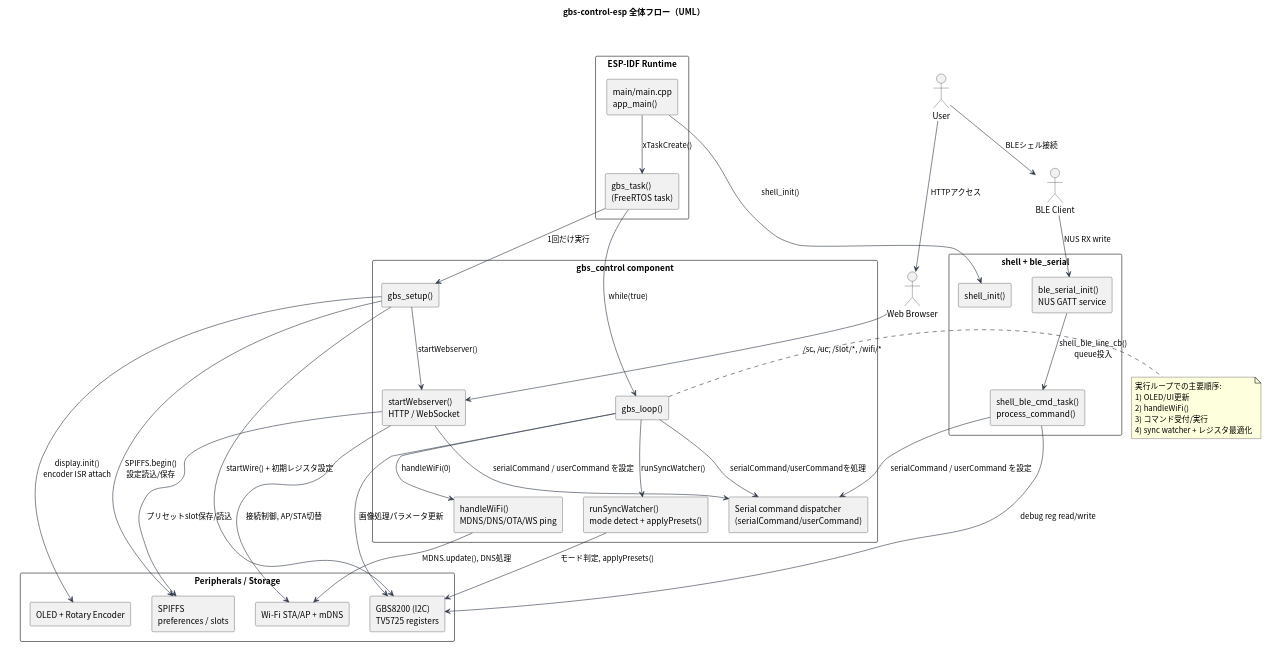
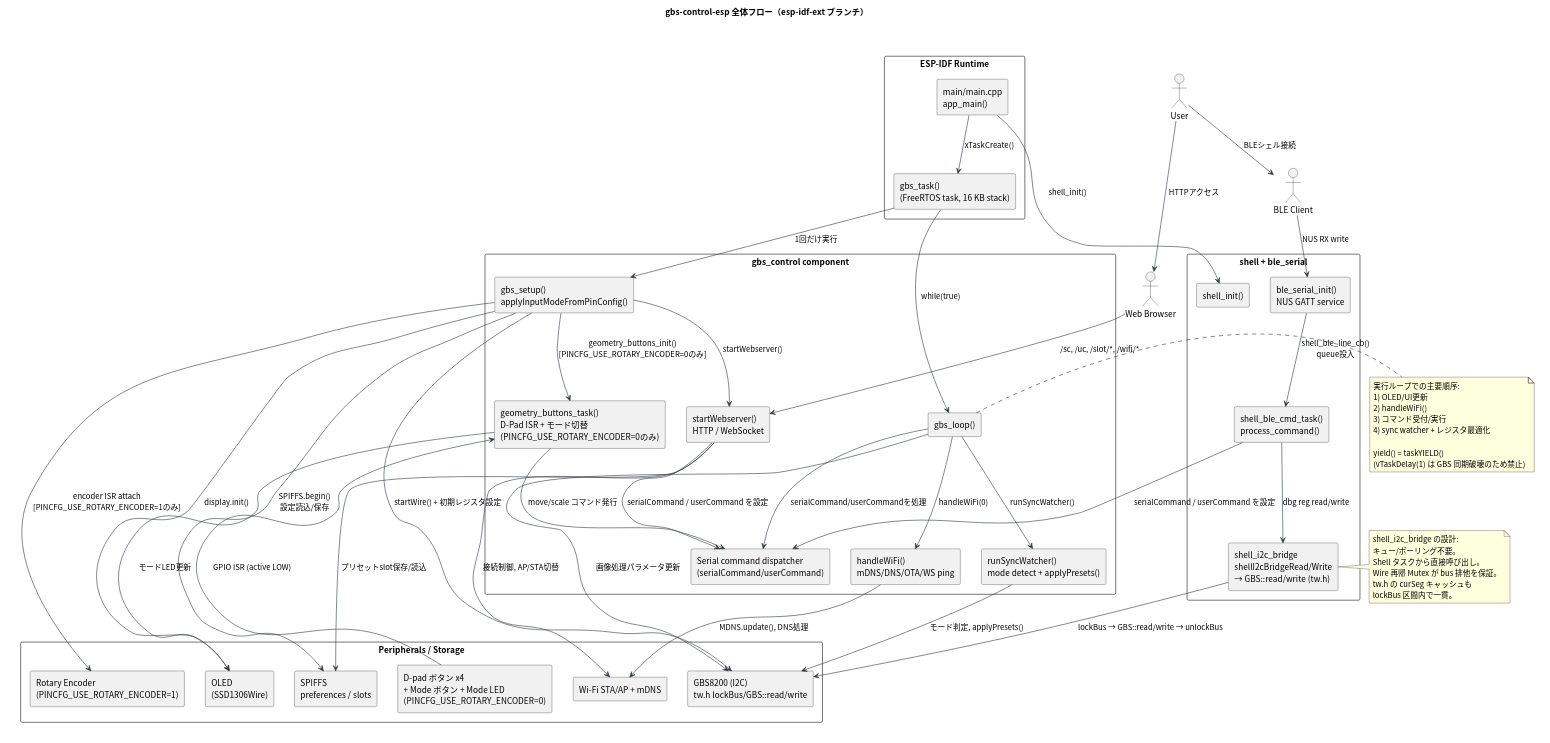
The diagram in docs/uml/project_flow.puml (ntsklab/gbs-control), drawn with PlantUML before and after one commit. The commit also changed other lines of this file and 4 other files, not shown here.

First line of the commit message:
docs: update docs for esp-idf-ext branch

```diff
--- a/docs/uml/project_flow.puml
+++ b/docs/uml/project_flow.puml
@@ -1,90 +1,113 @@
 @startuml
 skinparam backgroundColor white
 skinparam shadowing false
 skinparam defaultFontName Noto Sans CJK JP
 skinparam componentStyle rectangle
 skinparam ArrowColor #2d3748
 skinparam packageStyle rectangle
 hide stereotype
 skinparam package<<canvas>> {
   BackgroundColor #FFFFFF
   BorderColor #FFFFFF
   FontColor #FFFFFF
 }
 
-title gbs-control-esp 全体フロー（UML）
+title gbs-control-esp 全体フロー（esp-idf-ext ブランチ）
 
 package " " <<canvas>> {
 actor "User" as user
 actor "Web Browser" as browser
 actor "BLE Client" as bleclient
 
 package "ESP-IDF Runtime" {
   component "main/main.cpp\napp_main()" as app_main
-  component "gbs_task()\n(FreeRTOS task)" as gbs_task
+  component "gbs_task()\n(FreeRTOS task, 16 KB stack)" as gbs_task
 }
 
 package "gbs_control component" {
-  component "gbs_setup()" as gbs_setup
+  component "gbs_setup()\napplyInputModeFromPinConfig()" as gbs_setup
   component "gbs_loop()" as gbs_loop
   component "startWebserver()\nHTTP / WebSocket" as web
-  component "handleWiFi()\nMDNS/DNS/OTA/WS ping" as wifi
+  component "handleWiFi()\nmDNS/DNS/OTA/WS ping" as wifi
   component "runSyncWatcher()\nmode detect + applyPresets()" as sync
   component "Serial command dispatcher\n(serialCommand/userCommand)" as cmd
+  component "geometry_buttons_task()\nD-Pad ISR + モード切替\n(PINCFG_USE_ROTARY_ENCODER=0のみ)" as gbtask
 }
 
 package "shell + ble_serial" {
   component "shell_init()" as shell
   component "ble_serial_init()\nNUS GATT service" as ble
   component "shell_ble_cmd_task()\nprocess_command()" as shelltask
+  component "shell_i2c_bridge\nshellI2cBridgeRead/Write\n→ GBS::read/write (tw.h)" as bridge
 }
 
 package "Peripherals / Storage" {
-  component "GBS8200 (I2C)\nTV5725 registers" as gbschip
-  component "OLED + Rotary Encoder" as oled
+  component "GBS8200 (I2C)\ntw.h lockBus/GBS::read/write" as gbschip
+  component "OLED\n(SSD1306Wire)" as oled
+  component "D-pad ボタン x4\n+ Mode ボタン + Mode LED\n(PINCFG_USE_ROTARY_ENCODER=0)" as dpad
+  component "Rotary Encoder\n(PINCFG_USE_ROTARY_ENCODER=1)" as re
   component "SPIFFS\npreferences / slots" as spiffs
   component "Wi-Fi STA/AP + mDNS" as wlan
 }
 
 user --> browser : HTTPアクセス
 user --> bleclient : BLEシェル接続
 
 app_main --> shell : shell_init()
 app_main --> gbs_task : xTaskCreate()
 
 gbs_task --> gbs_setup : 1回だけ実行
 
 gbs_setup --> web : startWebserver()
 gbs_setup --> spiffs : SPIFFS.begin()\n設定読込/保存
 gbs_setup --> gbschip : startWire() + 初期レジスタ設定
-gbs_setup --> oled : display.init()\nencoder ISR attach
+gbs_setup --> oled : display.init()
+gbs_setup --> gbtask : geometry_buttons_init()\n[PINCFG_USE_ROTARY_ENCODER=0のみ]
+gbs_setup --> re : encoder ISR attach\n[PINCFG_USE_ROTARY_ENCODER=1のみ]
 
 gbs_task --> gbs_loop : while(true)
 gbs_loop --> wifi : handleWiFi(0)
 gbs_loop --> sync : runSyncWatcher()
 gbs_loop --> cmd : serialCommand/userCommandを処理
 gbs_loop --> gbschip : 画像処理パラメータ更新
 
 browser --> web : /sc, /uc, /slot/*, /wifi/*
 web --> cmd : serialCommand / userCommand を設定
 web --> spiffs : プリセットslot保存/読込
 web --> wlan : 接続制御, AP/STA切替
 
 bleclient --> ble : NUS RX write
 ble --> shelltask : shell_ble_line_cb()\nqueue投入
 shelltask --> cmd : serialCommand / userCommand を設定
-shelltask --> gbschip : debug reg read/write
+shelltask --> bridge : dbg reg read/write
+bridge --> gbschip : lockBus → GBS::read/write → unlockBus
+
+dpad --> gbtask : GPIO ISR (active LOW)
+gbtask --> cmd : move/scale コマンド発行
+gbtask --> oled : モードLED更新
 
 wifi --> wlan : MDNS.update(), DNS処理
 sync --> gbschip : モード判定, applyPresets()
 
 note right of gbs_loop
   実行ループでの主要順序:
   1) OLED/UI更新
   2) handleWiFi()
   3) コマンド受付/実行
   4) sync watcher + レジスタ最適化
+
+  yield() = taskYIELD()
+  (vTaskDelay(1) は GBS 同期破壊のため禁止)
+end note
+
+note right of bridge
+  shell_i2c_bridge の設計:
+  キュー/ポーリング不要。
+  Shell タスクから直接呼び出し。
+  Wire 再帰 Mutex が bus 排他を保証。
+  tw.h の curSeg キャッシュも
+  lockBus 区間内で一貫。
 end note
 }
 
 @enduml
```
